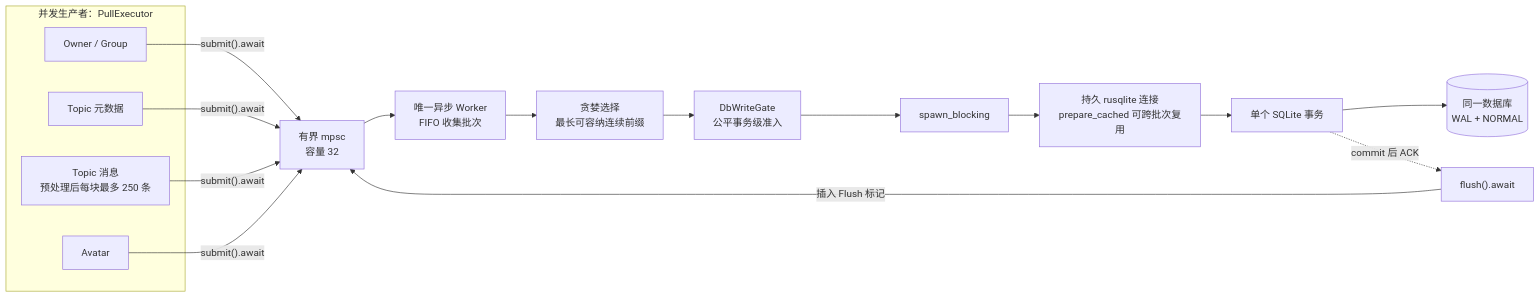
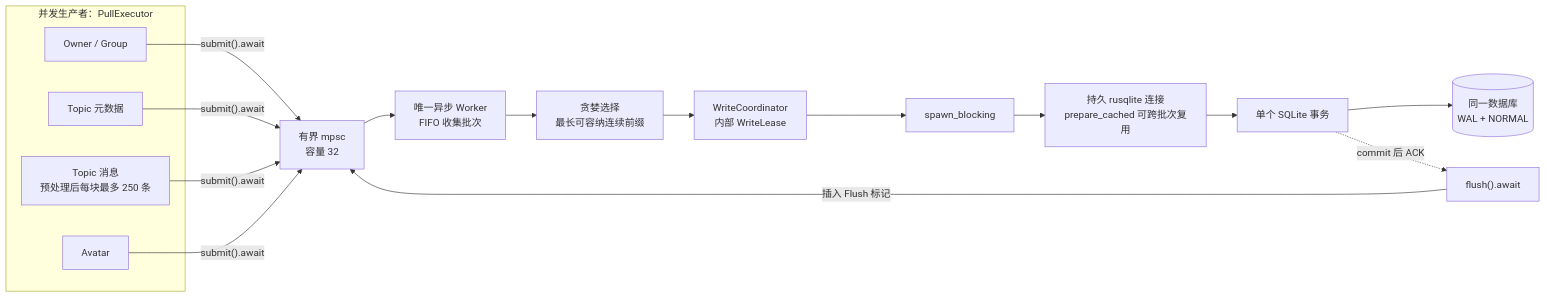
The first of 8 diagrams in docs/modules/14_Persistence领域总览.md (MRiecy/VCPMobile), drawn with Mermaid before and after one commit. The commit also changed other lines of this file and 26 other files, not shown here.

````diff
--- a/docs/modules/14_Persistence领域总览.md
+++ b/docs/modules/14_Persistence领域总览.md
@@ -307,24 +312,24 @@
 ```mermaid
 flowchart LR
     subgraph P["并发生产者：PullExecutor"]
         P1["Owner / Group"]
         P2["Topic 元数据"]
         P3["Topic 消息<br/>预处理后每块最多 250 条"]
         P4["Avatar"]
     end
 
     P1 -->|"submit().await"| Q["有界 mpsc<br/>容量 32"]
     P2 -->|"submit().await"| Q
     P3 -->|"submit().await"| Q
     P4 -->|"submit().await"| Q
     F["flush().await"] -->|"插入 Flush 标记"| Q
 
     Q --> W["唯一异步 Worker<br/>FIFO 收集批次"]
     W --> G["贪婪选择<br/>最长可容纳连续前缀"]
-    G --> A["DbWriteGate<br/>公平事务级准入"]
+    G --> A["WriteCoordinator<br/>内部 WriteLease"]
     A --> B["spawn_blocking"]
     B --> C["持久 rusqlite 连接<br/>prepare_cached 可跨批次复用"]
     C --> T["单个 SQLite 事务"]
     T --> D[("同一数据库<br/>WAL + NORMAL")]
     T -. "commit 后 ACK" .-> F
 ```
````
